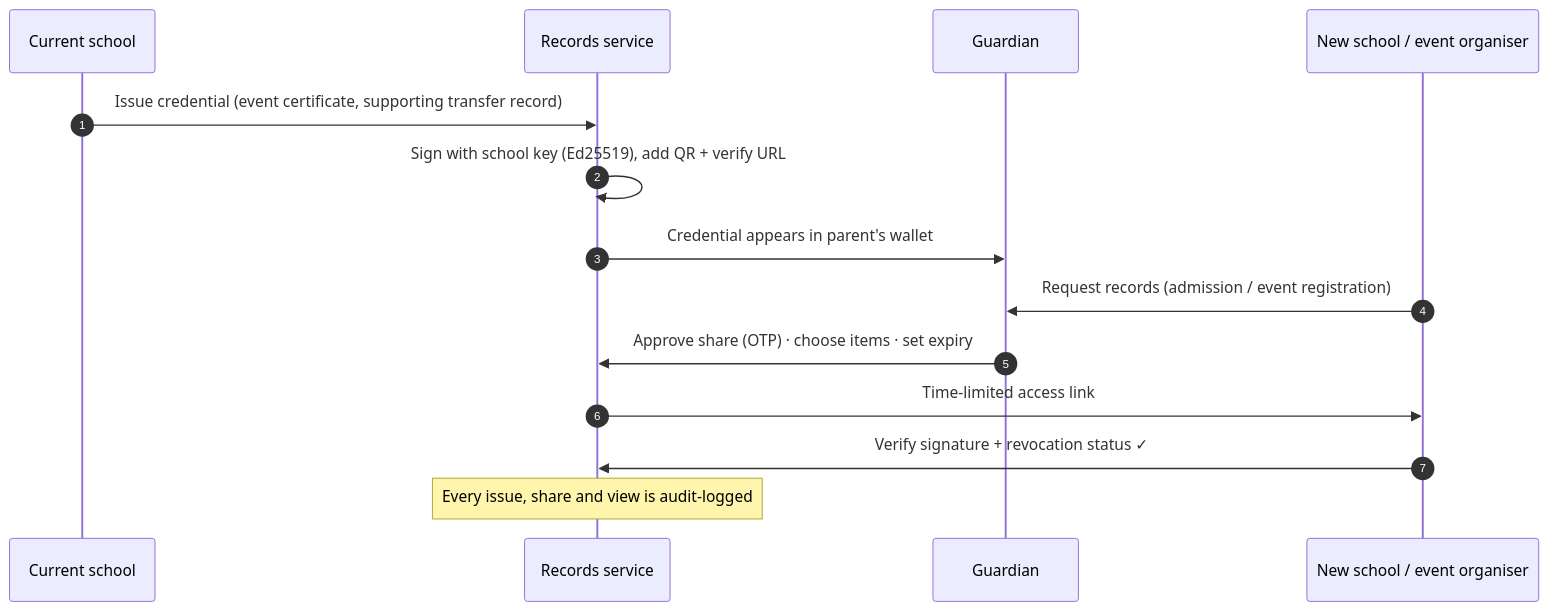
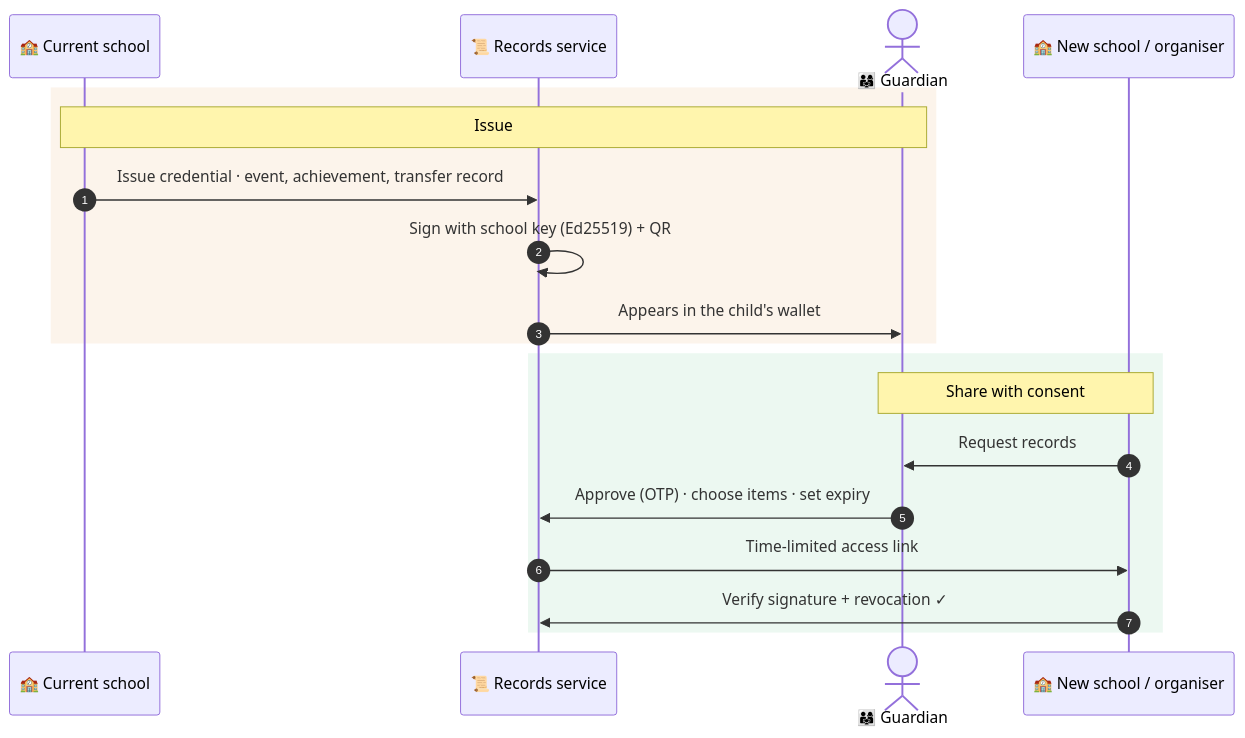
One commit to Vijay190899/acadstart changed diagram 13 of 14 in README.md. Above: the diagram before and after it, drawn with Mermaid. The commit also changed other lines of this file and 1 other file, not shown here.

Commit message:
Rewrite README: signature features (Custody Chain, Safe Handover, voice-first Tamil assistant, Snap-to-Digitise, digital diary), styled Mermaid diagrams, updated game plan and scale-up list

````diff
--- a/README.md
+++ b/README.md
@@ -302,16 +584,21 @@
 ```mermaid
 sequenceDiagram
   autonumber
-  participant S1 as Current school
-  participant R as Records service
-  participant G as Guardian
-  participant S2 as New school / event organiser
-  S1->>R: Issue credential (event certificate, supporting transfer record)
-  R->>R: Sign with school key (Ed25519), add QR + verify URL
-  R->>G: Credential appears in parent's wallet
-  S2->>G: Request records (admission / event registration)
-  G->>R: Approve share (OTP) · choose items · set expiry
+  participant S1 as 🏫 Current school
+  participant R as 📜 Records service
+  actor G as 👨‍👩‍👧 Guardian
+  participant S2 as 🏫 New school / organiser
+  rect rgba(217, 119, 6, 0.08)
+  Note over S1,G: Issue
+  S1->>R: Issue credential · event, achievement, transfer record
+  R->>R: Sign with school key (Ed25519) + QR
+  R->>G: Appears in the child's wallet
+  end
+  rect rgba(22, 163, 74, 0.08)
+  Note over G,S2: Share with consent
+  S2->>G: Request records
+  G->>R: Approve (OTP) · choose items · set expiry
   R->>S2: Time-limited access link
-  S2->>R: Verify signature + revocation status ✓
-  Note over R: Every issue, share and view is audit-logged
+  S2->>R: Verify signature + revocation ✓
+  end
 ```
````
